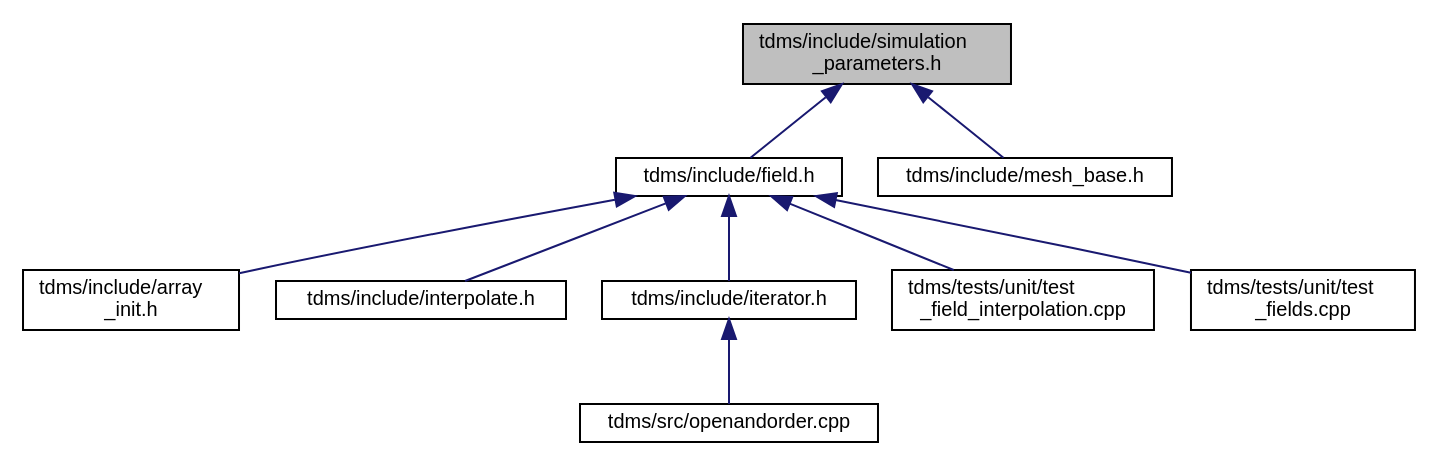
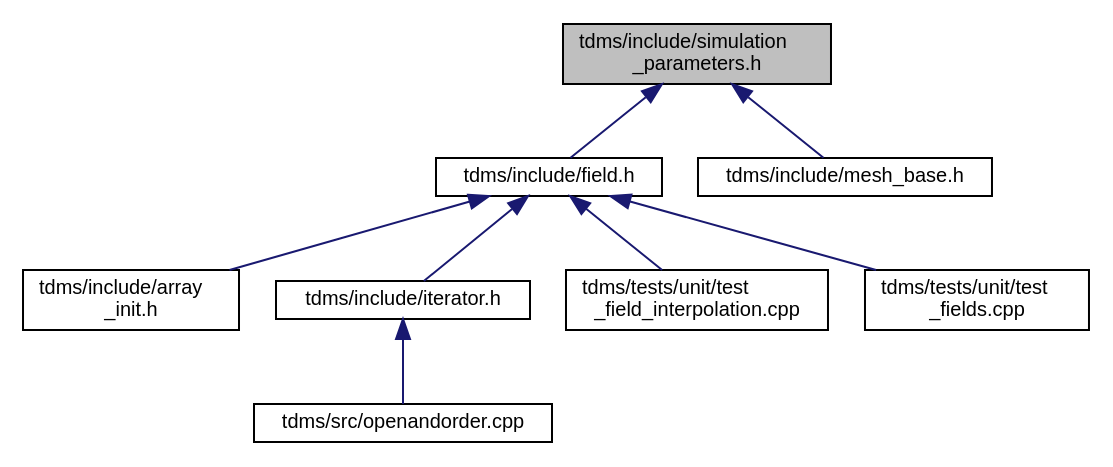
Before and after one commit to UCL/TDMS: the diagram in simulation__parameters_8h__dep__incl.dot, drawn with Graphviz. The commit also changed 113 other files, not shown here.

```diff
--- a/simulation__parameters_8h__dep__incl.dot
+++ b/simulation__parameters_8h__dep__incl.dot
@@ -1,23 +1,21 @@
 digraph "tdms/include/simulation_parameters.h"
 {
  // LATEX_PDF_SIZE
   edge [fontname="Helvetica",fontsize="10",labelfontname="Helvetica",labelfontsize="10"];
   node [fontname="Helvetica",fontsize="10",shape=record];
   Node1 [label="tdms/include/simulation\l_parameters.h",height=0.2,width=0.4,color="black", fillcolor="grey75", style="filled", fontcolor="black",tooltip="Classes collecting parameters for the simulation."];
   Node1 -> Node2 [dir="back",color="midnightblue",fontsize="10",style="solid",fontname="Helvetica"];
   Node2 [label="tdms/include/field.h",height=0.2,width=0.4,color="black", fillcolor="white", style="filled",URL="$field_8h.html",tooltip="Classes for the electric and magnetic (split) fields on a grid."];
   Node2 -> Node3 [dir="back",color="midnightblue",fontsize="10",style="solid",fontname="Helvetica"];
   Node3 [label="tdms/include/array\l_init.h",height=0.2,width=0.4,color="black", fillcolor="white", style="filled",URL="$array__init_8h.html",tooltip="A collection of functions for array initialisation given MATLAB pointers."];
   Node2 -> Node4 [dir="back",color="midnightblue",fontsize="10",style="solid",fontname="Helvetica"];
-  Node4 [label="tdms/include/interpolate.h",height=0.2,width=0.4,color="black", fillcolor="white", style="filled",URL="$interpolate_8h.html",tooltip="Interpolation of field values within FDTD grid."];
-  Node2 -> Node5 [dir="back",color="midnightblue",fontsize="10",style="solid",fontname="Helvetica"];
-  Node5 [label="tdms/include/iterator.h",height=0.2,width=0.4,color="black", fillcolor="white", style="filled",URL="$iterator_8h.html",tooltip="The main time propogation algorithm."];
-  Node5 -> Node6 [dir="back",color="midnightblue",fontsize="10",style="solid",fontname="Helvetica"];
-  Node6 [label="tdms/src/openandorder.cpp",height=0.2,width=0.4,color="black", fillcolor="white", style="filled",URL="$openandorder_8cpp.html",tooltip="Launch and file IO."];
+  Node4 [label="tdms/include/iterator.h",height=0.2,width=0.4,color="black", fillcolor="white", style="filled",URL="$iterator_8h.html",tooltip="The main time propogation algorithm."];
+  Node4 -> Node5 [dir="back",color="midnightblue",fontsize="10",style="solid",fontname="Helvetica"];
+  Node5 [label="tdms/src/openandorder.cpp",height=0.2,width=0.4,color="black", fillcolor="white", style="filled",URL="$openandorder_8cpp.html",tooltip="Launch and file IO."];
+  Node2 -> Node6 [dir="back",color="midnightblue",fontsize="10",style="solid",fontname="Helvetica"];
+  Node6 [label="tdms/tests/unit/test\l_field_interpolation.cpp",height=0.2,width=0.4,color="black", fillcolor="white", style="filled",URL="$test__field__interpolation_8cpp.html",tooltip="Tests interpolation of E- and H-fields and compares the errors against MATLAB benchmarks."];
   Node2 -> Node7 [dir="back",color="midnightblue",fontsize="10",style="solid",fontname="Helvetica"];
-  Node7 [label="tdms/tests/unit/test\l_field_interpolation.cpp",height=0.2,width=0.4,color="black", fillcolor="white", style="filled",URL="$test__field__interpolation_8cpp.html",tooltip="Tests interpolation of E- and H-fields and compares the errors against MATLAB benchmarks."];
-  Node2 -> Node8 [dir="back",color="midnightblue",fontsize="10",style="solid",fontname="Helvetica"];
-  Node8 [label="tdms/tests/unit/test\l_fields.cpp",height=0.2,width=0.4,color="black", fillcolor="white", style="filled",URL="$test__fields_8cpp.html",tooltip="Test of the Field class and subclasses."];
-  Node1 -> Node9 [dir="back",color="midnightblue",fontsize="10",style="solid",fontname="Helvetica"];
-  Node9 [label="tdms/include/mesh_base.h",height=0.2,width=0.4,color="black", fillcolor="white", style="filled",URL="$mesh__base_8h.html",tooltip="Generation of orientated mesh."];
+  Node7 [label="tdms/tests/unit/test\l_fields.cpp",height=0.2,width=0.4,color="black", fillcolor="white", style="filled",URL="$test__fields_8cpp.html",tooltip="Test of the Field class and subclasses."];
+  Node1 -> Node8 [dir="back",color="midnightblue",fontsize="10",style="solid",fontname="Helvetica"];
+  Node8 [label="tdms/include/mesh_base.h",height=0.2,width=0.4,color="black", fillcolor="white", style="filled",URL="$mesh__base_8h.html",tooltip="Generation of orientated mesh."];
 }
```
